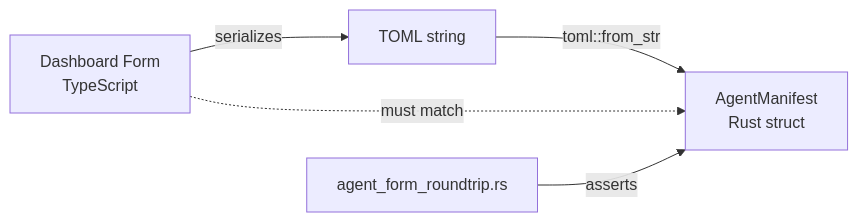
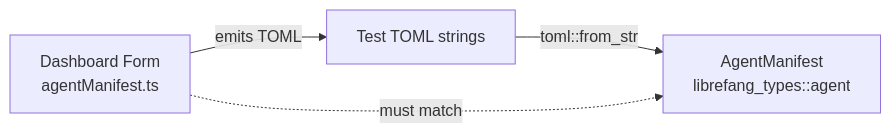
One commit to leszek3737/librefang-WIki changed the diagram in other-librefang-types-tests.md. Above: the diagram before and after it, drawn with Mermaid. The commit also changed other lines of this file and 98 other files, not shown here.

````diff
--- a/other-librefang-types-tests.md
+++ b/other-librefang-types-tests.md
@@ -13,7 +55,6 @@
 ```mermaid
 flowchart LR
-    A[Dashboard Form<br/>TypeScript] -->|serializes| B[TOML string]
-    B -->|toml::from_str| C[AgentManifest<br/>Rust struct]
+    A[Dashboard Form<br/>agentManifest.ts] -->|emits TOML| B[Test TOML strings]
+    B -->|toml::from_str| C[AgentManifest<br/>librefang_types::agent]
     A -.->|must match| C
-    D[agent_form_roundtrip.rs] -->|asserts| C
 ```
````
